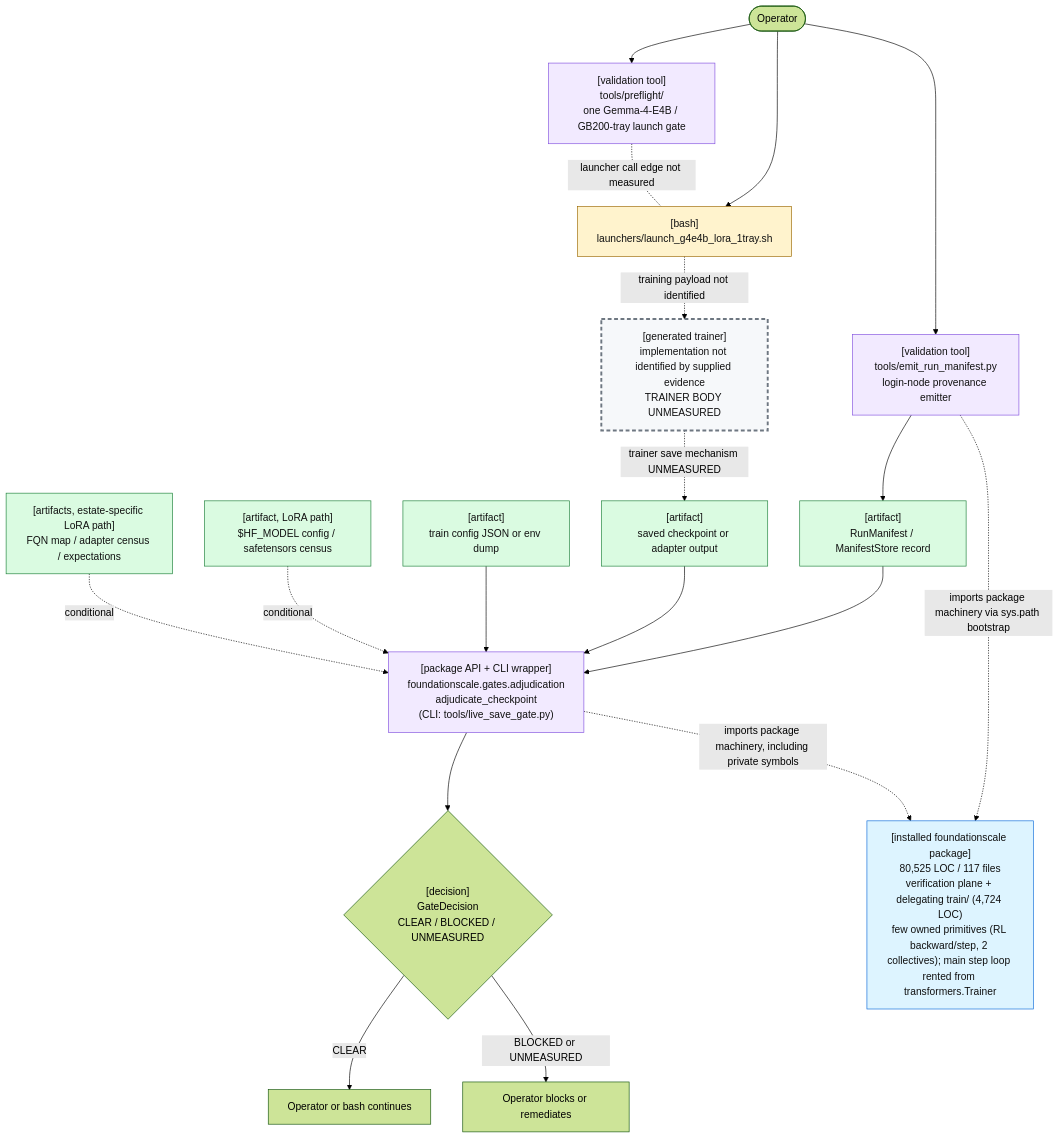
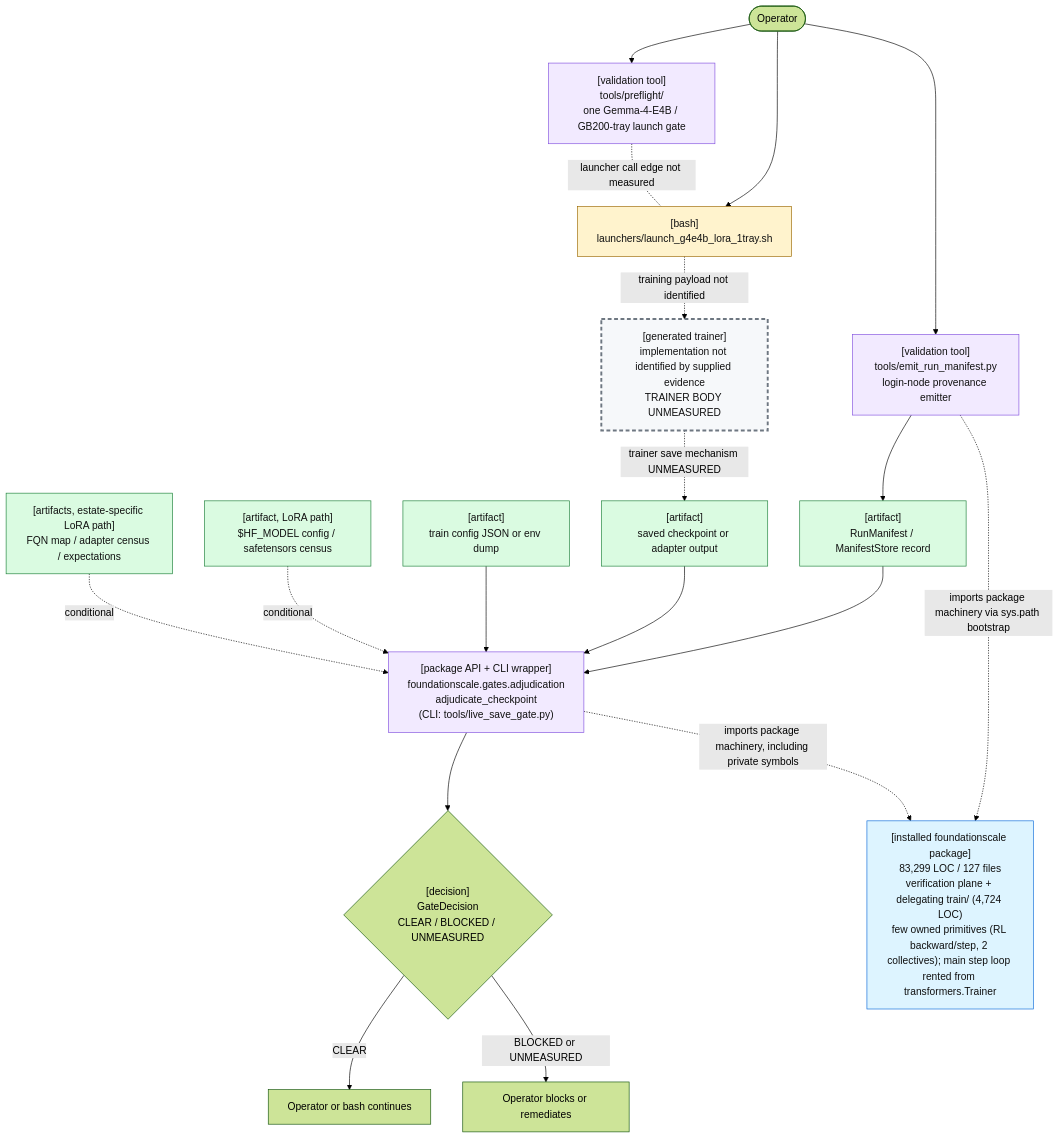
Before and after one commit to TranNhiem/FoundationScale: the first of 2 diagrams in docs/review/D2_current_architecture.md, drawn with Mermaid (forest theme). The commit also changed other lines of this file and 10 other files, not shown here.

````diff
--- a/docs/review/D2_current_architecture.md
+++ b/docs/review/D2_current_architecture.md
@@ -25,59 +25,59 @@
 ```mermaid
 flowchart TB
   O(["Operator"])
 
   PF["[validation tool]<br/>tools/preflight/<br/>one Gemma-4-E4B / GB200-tray launch gate"]
   L["[bash]<br/>launchers/launch_g4e4b_lora_1tray.sh"]
 
   E["[validation tool]<br/>tools/emit_run_manifest.py<br/>login-node provenance emitter"]
   M["[artifact]<br/>RunManifest / ManifestStore record"]
 
   T["[generated trainer]<br/>implementation not identified by supplied evidence<br/>TRAINER BODY UNMEASURED"]
   C["[artifact]<br/>saved checkpoint or adapter output"]
 
   G["[package API + CLI wrapper]<br/>foundationscale.gates.adjudication<br/>adjudicate_checkpoint<br/>(CLI: tools/live_save_gate.py)"]
   CFG["[artifact]<br/>train config JSON or env dump"]
   BASE["[artifact, LoRA path]<br/>$HF_MODEL config / safetensors census"]
   CEN["[artifacts, estate-specific LoRA path]<br/>FQN map / adapter census / expectations"]
 
   D{"[decision]<br/>GateDecision<br/>CLEAR / BLOCKED / UNMEASURED"}
   OK["Operator or bash continues"]
   NO["Operator blocks or remediates"]
 
-  PKG["[installed foundationscale package]<br/>80,525 LOC / 117 files<br/>verification plane + delegating train/ (4,724 LOC)<br/>few owned primitives (RL backward/step, 2 collectives); main step loop rented from transformers.Trainer"]
+  PKG["[installed foundationscale package]<br/>83,299 LOC / 127 files<br/>verification plane + delegating train/ (4,724 LOC)<br/>few owned primitives (RL backward/step, 2 collectives); main step loop rented from transformers.Trainer"]
 
   O --> PF
   O --> L
   PF -. "launcher call edge not measured" .- L
 
   O --> E
   E --> M
 
   L -. "training payload not identified" .-> T
   T -. "trainer save mechanism UNMEASURED" .-> C
 
   M --> G
   C --> G
   CFG --> G
   BASE -. "conditional" .-> G
   CEN -. "conditional" .-> G
 
   E -. "imports package machinery via sys.path bootstrap" .-> PKG
   G -. "imports package machinery, including private symbols" .-> PKG
 
   G --> D
   D -->|"CLEAR"| OK
   D -->|"BLOCKED or UNMEASURED"| NO
 
   classDef bash fill:#fff3cd,stroke:#9a6700,color:#111;
   classDef tool fill:#f2eaff,stroke:#8250df,color:#111;
   classDef artifact fill:#dafbe1,stroke:#1a7f37,color:#111;
   classDef gap fill:#f6f8fa,stroke:#6e7781,stroke-width:3px,stroke-dasharray: 6 4,color:#111;
   classDef pkg fill:#ddf4ff,stroke:#0969da,color:#111;
 
   class L bash;
   class PF,E,G tool;
   class M,C,CFG,BASE,CEN artifact;
   class T gap;
   class PKG pkg;
 ```
````
